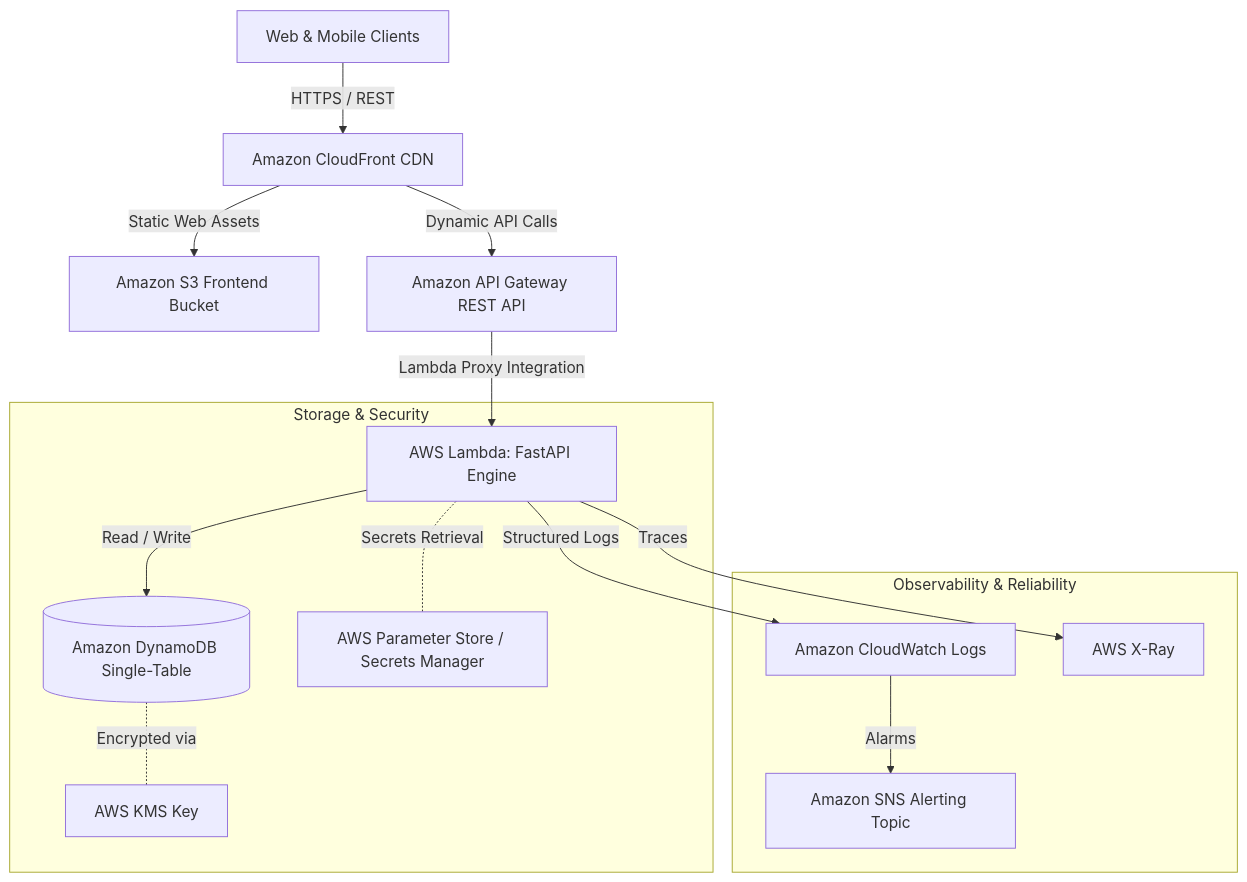
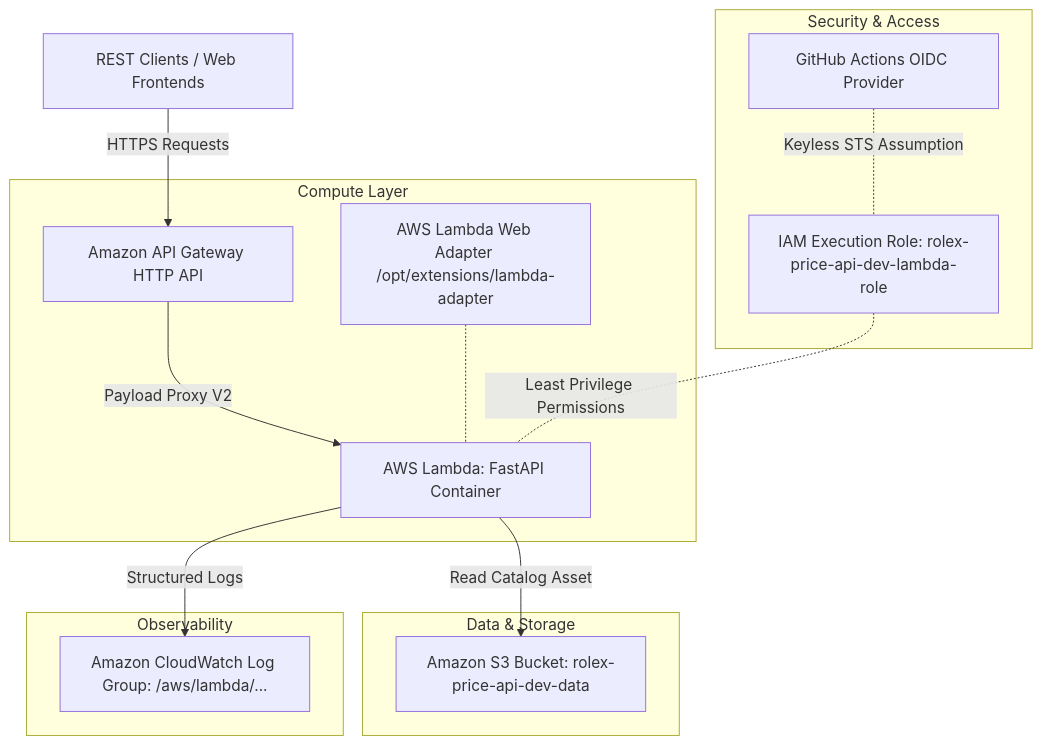
One commit to si3mshady/rolex-price-api changed the diagram in docs/architecture.md. Above: the diagram before and after it, drawn with Mermaid. The commit also changed other lines of this file and 9 other files, not shown here.

Commit message:
docs(review): finalize Production Readiness Review, immutable tagging, and living architecture docs

````diff
--- a/docs/architecture.md
+++ b/docs/architecture.md
@@ -11,20 +13,22 @@
 ```mermaid
 graph TD
-    Client[Web & Mobile Clients] -->|HTTPS / REST| CloudFront[Amazon CloudFront CDN]
-    CloudFront -->|Static Web Assets| S3_Web[Amazon S3 Frontend Bucket]
-    CloudFront -->|Dynamic API Calls| APIGW[Amazon API Gateway REST API]
+    Client[REST Clients / Web Frontends] -->|HTTPS Requests| APIGW[Amazon API Gateway HTTP API]
     
-    APIGW -->|Lambda Proxy Integration| Lambda[AWS Lambda: FastAPI Engine]
-    
-    subgraph Storage & Security
-        Lambda -->|Read / Write| DynamoDB[(Amazon DynamoDB Single-Table)]
-        DynamoDB -. Encrypted via .- KMS[AWS KMS Key]
-        Lambda -. Secrets Retrieval .- SSM[AWS Parameter Store / Secrets Manager]
+    subgraph Compute Layer
+        APIGW -->|Payload Proxy V2| Lambda[AWS Lambda: FastAPI Container]
+        Adapter[AWS Lambda Web Adapter /opt/extensions/lambda-adapter] -.- Lambda
     end
     
-    subgraph Observability & Reliability
-        Lambda -->|Structured Logs| CloudWatch[Amazon CloudWatch Logs]
-        Lambda -->|Traces| XRay[AWS X-Ray]
-        CloudWatch -->|Alarms| SNS[Amazon SNS Alerting Topic]
+    subgraph Data & Storage
+        Lambda -->|Read Catalog Asset| S3[Amazon S3 Bucket: rolex-price-api-dev-data]
+    end
+    
+    subgraph Security & Access
+        IAM[IAM Execution Role: rolex-price-api-dev-lambda-role] -. Least Privilege Permissions .- Lambda
+        OIDC[GitHub Actions OIDC Provider] -. Keyless STS Assumption .- IAM
+    end
+    
+    subgraph Observability
+        Lambda -->|Structured Logs| CloudWatch[Amazon CloudWatch Log Group: /aws/lambda/...]
     end
 ```
````
